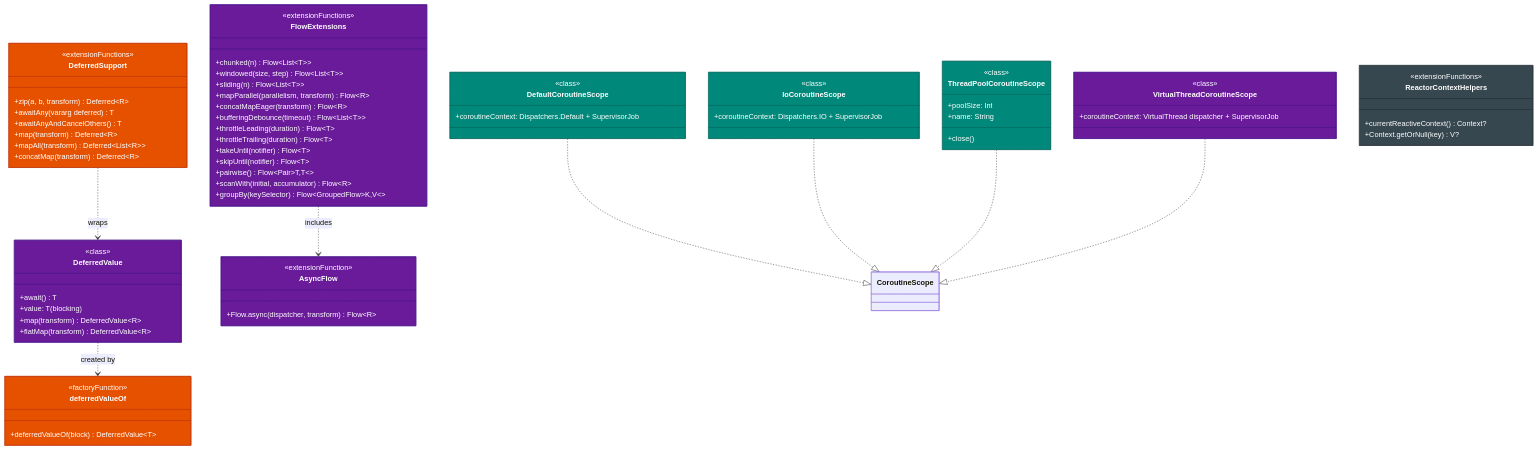
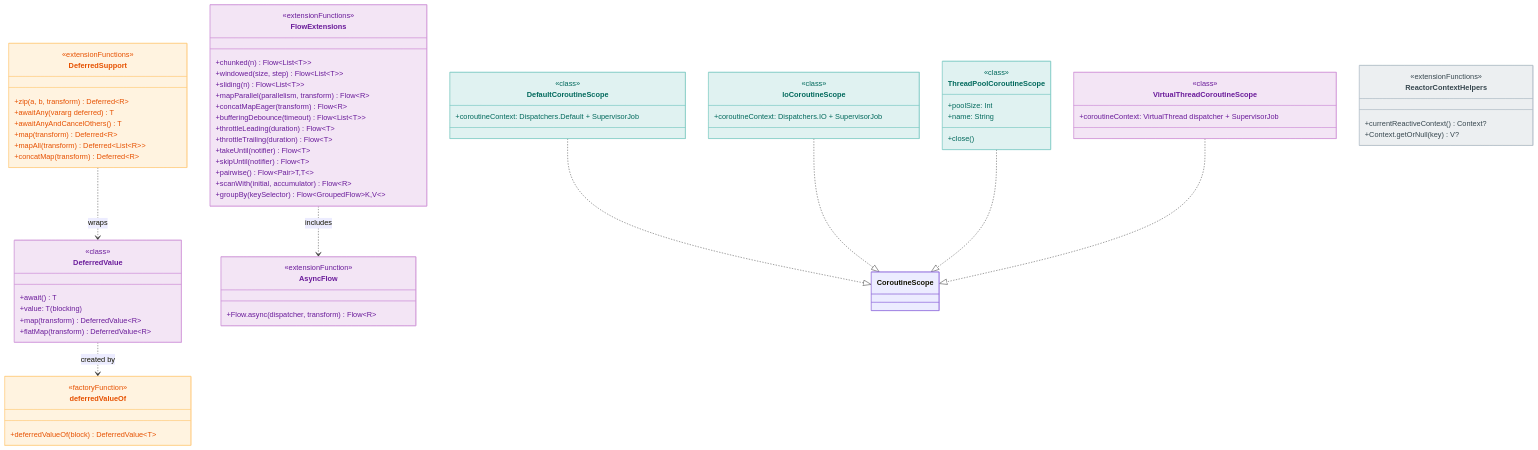
One commit to bluetape4k/bluetape4k-projects changed the second of 16 diagrams in bluetape4k/coroutines/README.md. Above: the diagram before and after it, drawn with Mermaid. The commit also changed other lines of this file and 219 other files, not shown here.

First line of the commit message:
docs: 전체 README Mermaid 다이어그램 가이드 적용

````diff
--- a/bluetape4k/coroutines/README.md
+++ b/bluetape4k/coroutines/README.md
@@ -135,15 +135,15 @@
     VirtualThreadCoroutineScope ..|> CoroutineScope
     FlowExtensions ..> AsyncFlow : includes
 
-    style DeferredValue fill:#6A1B9A,stroke:#4A148C,color:#FFFFFF
-    style deferredValueOf fill:#E65100,stroke:#BF360C,color:#FFFFFF
-    style DeferredSupport fill:#E65100,stroke:#BF360C,color:#FFFFFF
-    style DefaultCoroutineScope fill:#00897B,stroke:#00695C,color:#FFFFFF
-    style IoCoroutineScope fill:#00897B,stroke:#00695C,color:#FFFFFF
-    style ThreadPoolCoroutineScope fill:#00897B,stroke:#00695C,color:#FFFFFF
-    style VirtualThreadCoroutineScope fill:#6A1B9A,stroke:#4A148C,color:#FFFFFF
-    style FlowExtensions fill:#6A1B9A,stroke:#4A148C,color:#FFFFFF
-    style AsyncFlow fill:#6A1B9A,stroke:#4A148C,color:#FFFFFF
-    style ReactorContextHelpers fill:#37474F,stroke:#263238,color:#FFFFFF
+    style DeferredValue fill:#F3E5F5,stroke:#CE93D8,color:#6A1B9A
+    style deferredValueOf fill:#FFF3E0,stroke:#FFCC80,color:#E65100
+    style DeferredSupport fill:#FFF3E0,stroke:#FFCC80,color:#E65100
+    style DefaultCoroutineScope fill:#E0F2F1,stroke:#80CBC4,color:#00695C
+    style IoCoroutineScope fill:#E0F2F1,stroke:#80CBC4,color:#00695C
+    style ThreadPoolCoroutineScope fill:#E0F2F1,stroke:#80CBC4,color:#00695C
+    style VirtualThreadCoroutineScope fill:#F3E5F5,stroke:#CE93D8,color:#6A1B9A
+    style FlowExtensions fill:#F3E5F5,stroke:#CE93D8,color:#6A1B9A
+    style AsyncFlow fill:#F3E5F5,stroke:#CE93D8,color:#6A1B9A
+    style ReactorContextHelpers fill:#ECEFF1,stroke:#B0BEC5,color:#37474F
 
 ```
````
